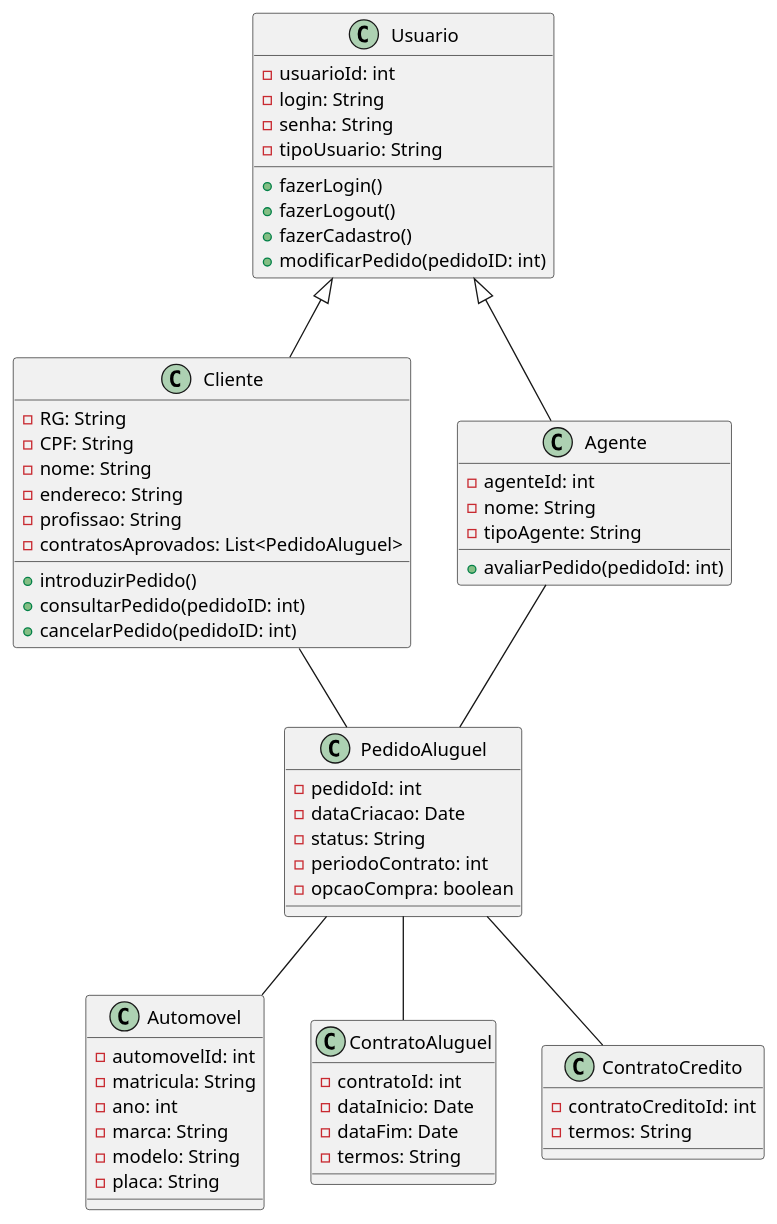
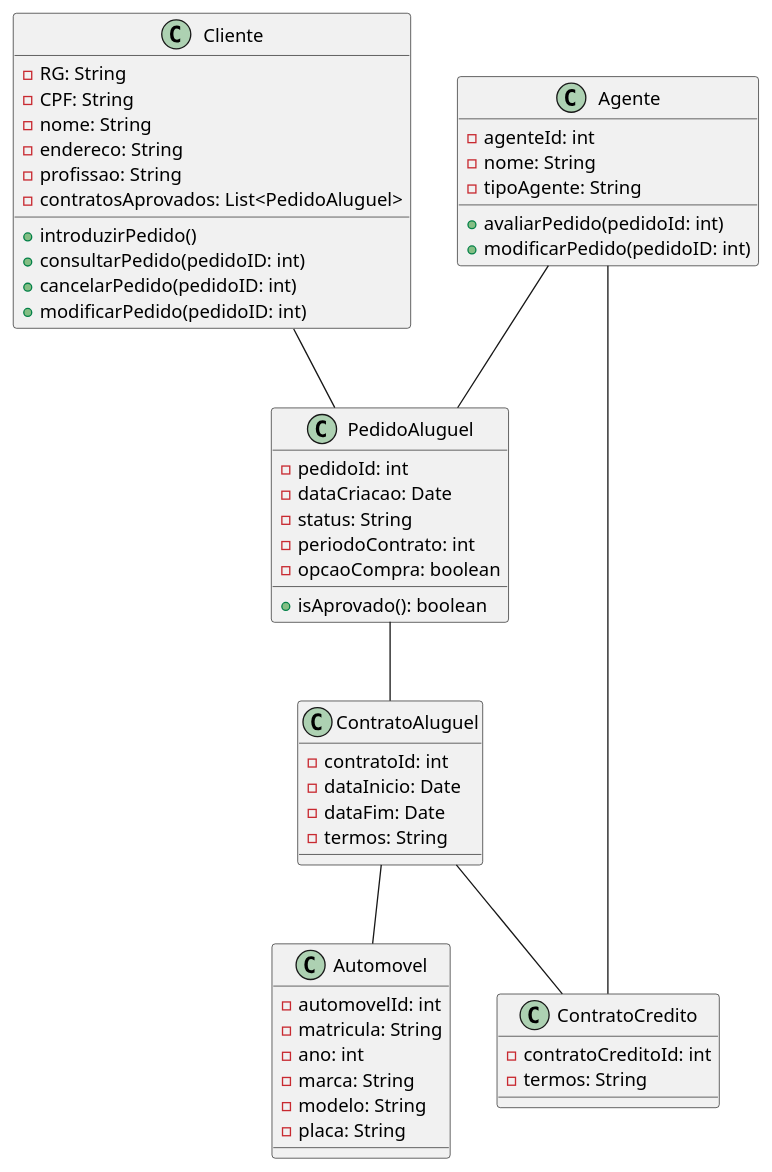
The diagram in Projeto/DiagramaClasse.puml (pauladefreitas/Lab02), drawn with PlantUML before and after one commit.

```diff
--- a/Projeto/DiagramaClasse.puml
+++ b/Projeto/DiagramaClasse.puml
@@ -1,68 +1,59 @@
 @startuml
-class Usuario {
-- usuarioId: int
--login: String
--senha: String
--tipoUsuario: String
-+fazerLogin()
-+fazerLogout()
-+fazerCadastro()
-+modificarPedido(pedidoID: int)
-}
-
 class Cliente {
--RG: String
--CPF: String
--nome: String
--endereco: String
--profissao: String
--contratosAprovados: List<PedidoAluguel>
-+introduzirPedido()
-+consultarPedido(pedidoID: int)
-+cancelarPedido(pedidoID: int)
+    - RG: String
+    - CPF: String
+    - nome: String
+    - endereco: String
+    - profissao: String
+    - contratosAprovados: List<PedidoAluguel>
+    + introduzirPedido()
+    + consultarPedido(pedidoID: int)
+    + cancelarPedido(pedidoID: int)
+    + modificarPedido(pedidoID: int)
 }
 
 class Agente {
--agenteId: int
--nome: String
--tipoAgente: String
-+avaliarPedido(pedidoId: int)
+    - agenteId: int
+    - nome: String
+    - tipoAgente: String
+    + avaliarPedido(pedidoId: int)
+    + modificarPedido(pedidoID: int)
 }
 
 class PedidoAluguel {
--pedidoId: int
--dataCriacao: Date
--status: String
--periodoContrato: int
--opcaoCompra: boolean
+    - pedidoId: int
+    - dataCriacao: Date
+    - status: String
+    - periodoContrato: int
+    - opcaoCompra: boolean
+    + isAprovado(): boolean
 }
 
 class Automovel {
--automovelId: int
--matricula: String
--ano: int
--marca: String
--modelo: String
--placa: String
+    - automovelId: int
+    - matricula: String
+    - ano: int
+    - marca: String
+    - modelo: String
+    - placa: String
 }
 
 class ContratoAluguel {
--contratoId: int
--dataInicio: Date
--dataFim: Date
--termos: String
+    - contratoId: int
+    - dataInicio: Date
+    - dataFim: Date
+    - termos: String
 }
 
 class ContratoCredito {
--contratoCreditoId: int
--termos: String
+    - contratoCreditoId: int
+    - termos: String
 }
 
-Usuario <|-- Cliente
-Usuario <|-- Agente
-Cliente  --  PedidoAluguel
-Agente  --  PedidoAluguel 
-PedidoAluguel  --  Automovel 
-PedidoAluguel  --  ContratoAluguel
-PedidoAluguel  --  ContratoCredito 
+Cliente -- PedidoAluguel
+Agente -- PedidoAluguel
+ContratoAluguel -- Automovel
+PedidoAluguel -- ContratoAluguel
+ContratoAluguel -- ContratoCredito
+Agente -- ContratoCredito
 @enduml
```
